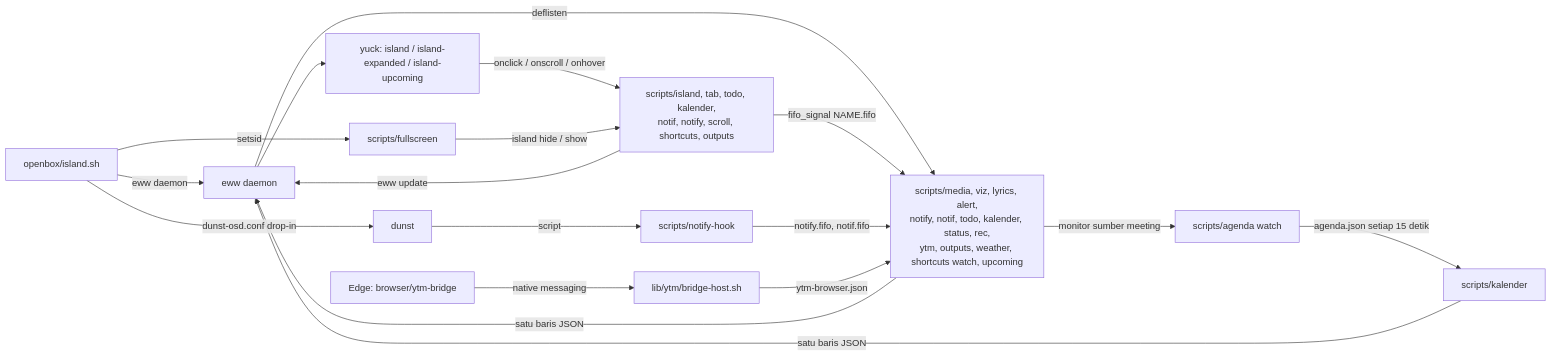
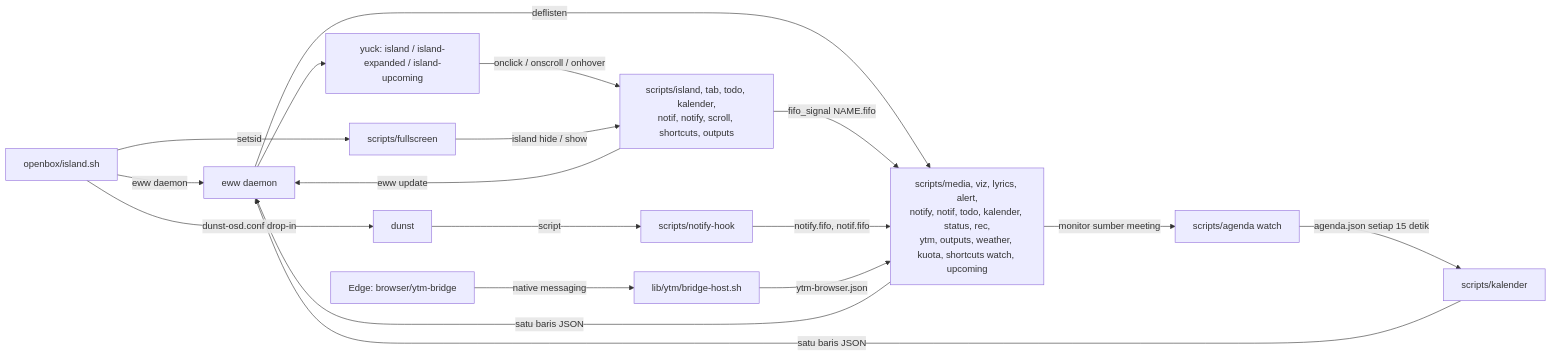
One commit to ardzz/openbox-island changed the diagram in docs/architecture.md. Above: the diagram before and after it, drawn with Mermaid. The commit also changed other lines of this file and 3 other files, not shown here.

````diff
--- a/docs/architecture.md
+++ b/docs/architecture.md
@@ -21,20 +21,20 @@
 ```mermaid
 flowchart LR
   L[openbox/island.sh] -->|eww daemon| D[eww daemon]
   L -->|setsid| FS[scripts/fullscreen]
   L -->|dunst-osd.conf drop-in| DU[dunst]
-  D -->|deflisten| S["scripts/media, viz, lyrics, alert,<br/>notify, notif, todo, kalender, status, rec,<br/>ytm, outputs, weather, shortcuts watch, upcoming"]
+  D -->|deflisten| S["scripts/media, viz, lyrics, alert,<br/>notify, notif, todo, kalender, status, rec,<br/>ytm, outputs, weather, kuota, shortcuts watch, upcoming"]
   S -->|satu baris JSON| D
   D --> W[yuck: island / island-expanded / island-upcoming]
   W -->|onclick / onscroll / onhover| C["scripts/island, tab, todo, kalender,<br/>notif, notify, scroll, shortcuts, outputs"]
   C -->|fifo_signal NAME.fifo| S
   C -->|eww update| D
   DU -->|script| H[scripts/notify-hook]
   H -->|notify.fifo, notif.fifo| S
   FS -->|island hide / show| C
   S -->|monitor sumber meeting| A[scripts/agenda watch]
   A -->|agenda.json setiap 15 detik| K[scripts/kalender]
   K -->|satu baris JSON| D
   E[Edge: browser/ytm-bridge] -->|native messaging| BH[lib/ytm/bridge-host.sh]
   BH -->|ytm-browser.json| S
 ```
````
